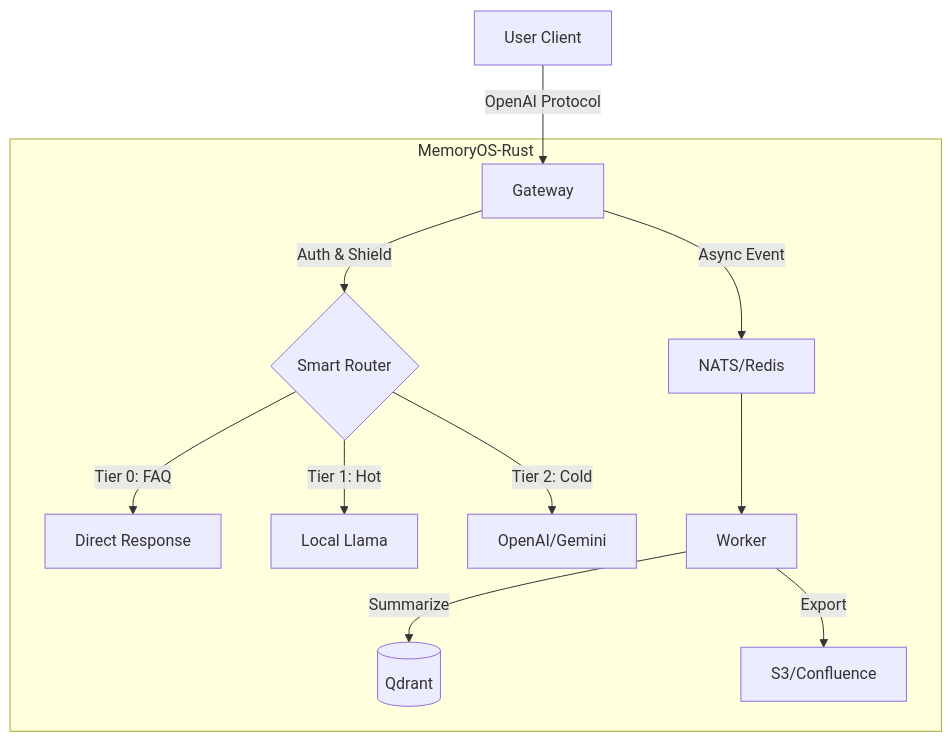
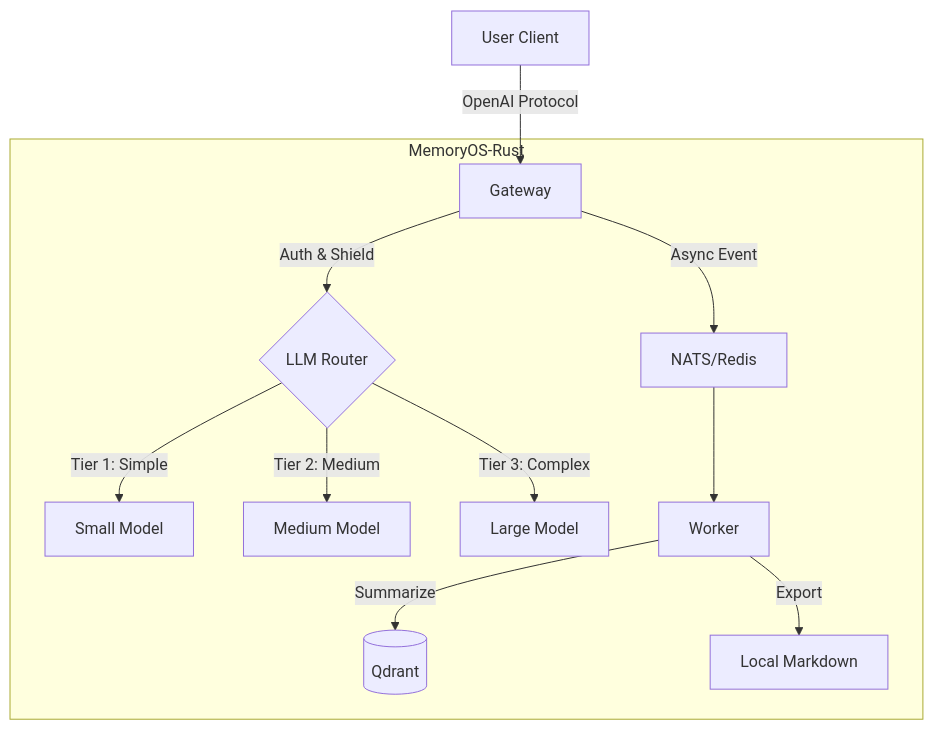
Before and after one commit to TelivANT/memoryos-rust: the diagram in README.md, drawn with Mermaid. The commit also changed other lines of this file and 7 other files, not shown here.

First line of the commit message:
docs: align docs with code, update roadmap, fix CI workflows (#4)

````diff
--- a/README.md
+++ b/README.md
@@ -128,14 +128,14 @@
 ```mermaid
 graph TD
     Client[User Client] -->|OpenAI Protocol| Gateway
     subgraph MemoryOS-Rust
-        Gateway -->|Auth & Shield| Router{Smart Router}
-        Router -->|Tier 0: FAQ| DirectHit[Direct Response]
-        Router -->|Tier 1: Hot| LocalLLM[Local Llama]
-        Router -->|Tier 2: Cold| CloudLLM[OpenAI/Gemini]
+        Gateway -->|Auth & Shield| Router{LLM Router}
+        Router -->|Tier 1: Simple| SmallLLM[Small Model]
+        Router -->|Tier 2: Medium| MediumLLM[Medium Model]
+        Router -->|Tier 3: Complex| LargeLLM[Large Model]
         Gateway -->|Async Event| Queue[NATS/Redis]
         Queue --> Worker
         Worker -->|Summarize| VectorDB[(Qdrant)]
-        Worker -->|Export| Wiki[S3/Confluence]
+        Worker -->|Export| Wiki[Local Markdown]
     end
 ```
````
